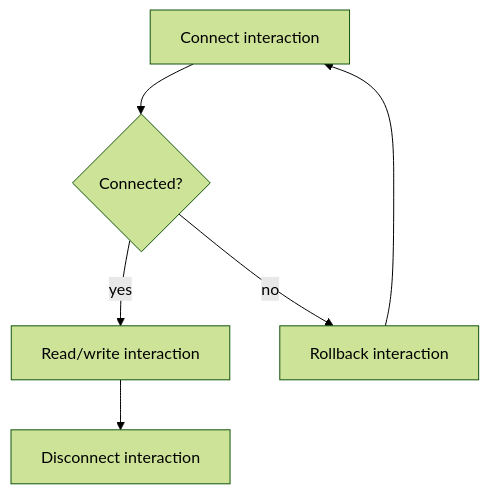
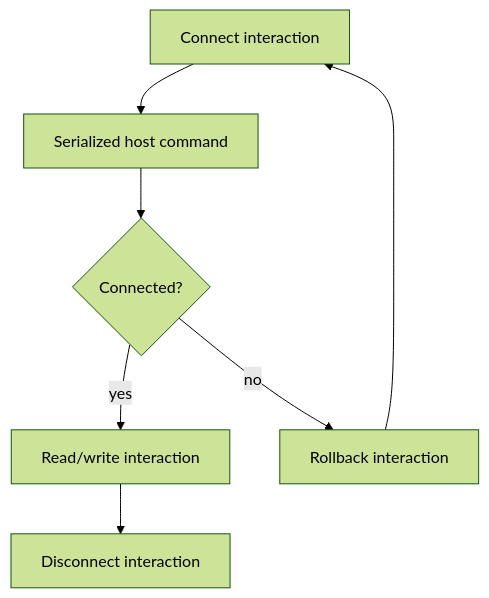
Before and after one commit to aloisiocosta-prof/universal-ssh: diagram 13 of 14 in docs/architecture/uml.md, drawn with Mermaid (forest theme). The commit also changed other lines of this file and 7 other files, not shown here.

````diff
--- a/docs/architecture/uml.md
+++ b/docs/architecture/uml.md
@@ -140,8 +148,9 @@
 ```mermaid
 flowchart TD
-  C[Connect interaction] --> Q{Connected?}
+  C[Connect interaction] --> G[Serialized host command]
+  G --> Q{Connected?}
   Q -- yes --> IO[Read/write interaction]
   Q -- no --> R[Rollback interaction]
   IO --> D[Disconnect interaction]
   R --> C
 ```
````
